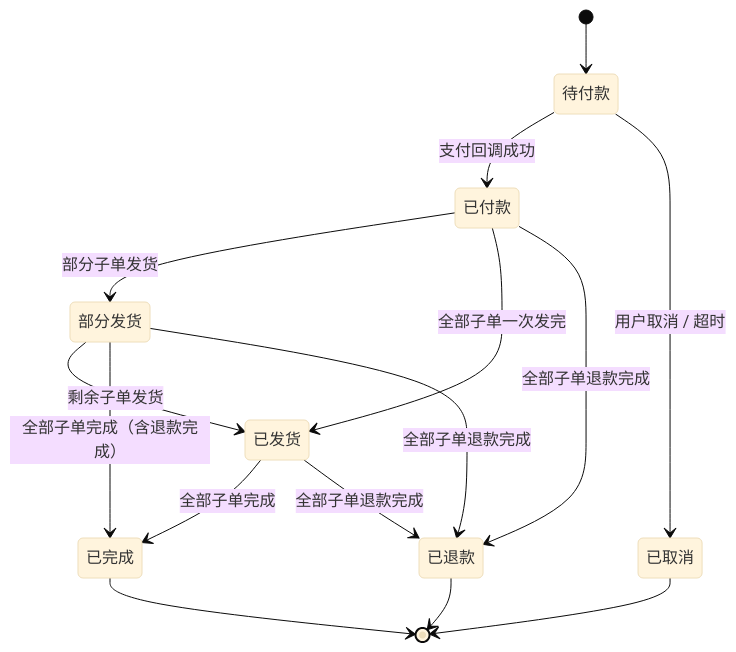
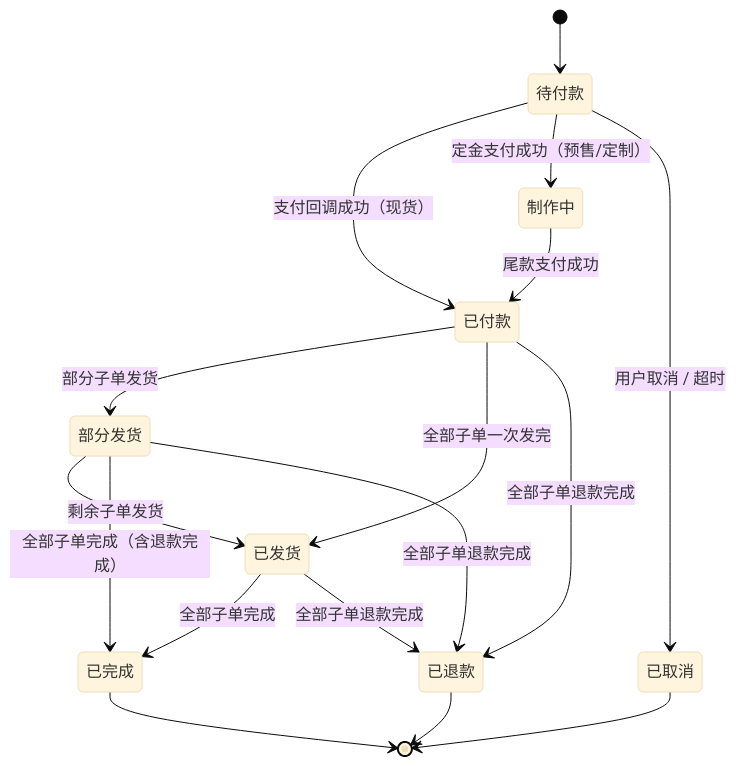
Before and after one commit to Serein47/KDShop: the first of 5 diagrams in docs/order-lifecycle.md, drawn with Mermaid (base theme). The commit also changed other lines of this file and 36 other files, not shown here.

````diff
--- a/docs/order-lifecycle.md
+++ b/docs/order-lifecycle.md
@@ -9,25 +9,28 @@
 ```mermaid
 stateDiagram-v2
     [*] --> PENDING_PAYMENT
     PENDING_PAYMENT: 待付款
+    PRODUCING: 制作中
     PAID: 已付款
     PARTIALLY_SHIPPED: 部分发货
     SHIPPED: 已发货
     COMPLETED: 已完成
     CANCELLED: 已取消
     REFUNDED: 已退款
 
-    PENDING_PAYMENT --> PAID : 支付回调成功
+    PENDING_PAYMENT --> PAID : 支付回调成功（现货）
+    PENDING_PAYMENT --> PRODUCING : 定金支付成功（预售/定制）
+    PRODUCING --> PAID : 尾款支付成功
     PENDING_PAYMENT --> CANCELLED : 用户取消 / 超时
     PAID --> PARTIALLY_SHIPPED : 部分子单发货
     PAID --> SHIPPED : 全部子单一次发完
     PARTIALLY_SHIPPED --> SHIPPED : 剩余子单发货
     SHIPPED --> COMPLETED : 全部子单完成
     PARTIALLY_SHIPPED --> COMPLETED : 全部子单完成（含退款完成）
     PAID --> REFUNDED : 全部子单退款完成
     PARTIALLY_SHIPPED --> REFUNDED : 全部子单退款完成
     SHIPPED --> REFUNDED : 全部子单退款完成
     CANCELLED --> [*]
     COMPLETED --> [*]
     REFUNDED --> [*]
 ```
````
